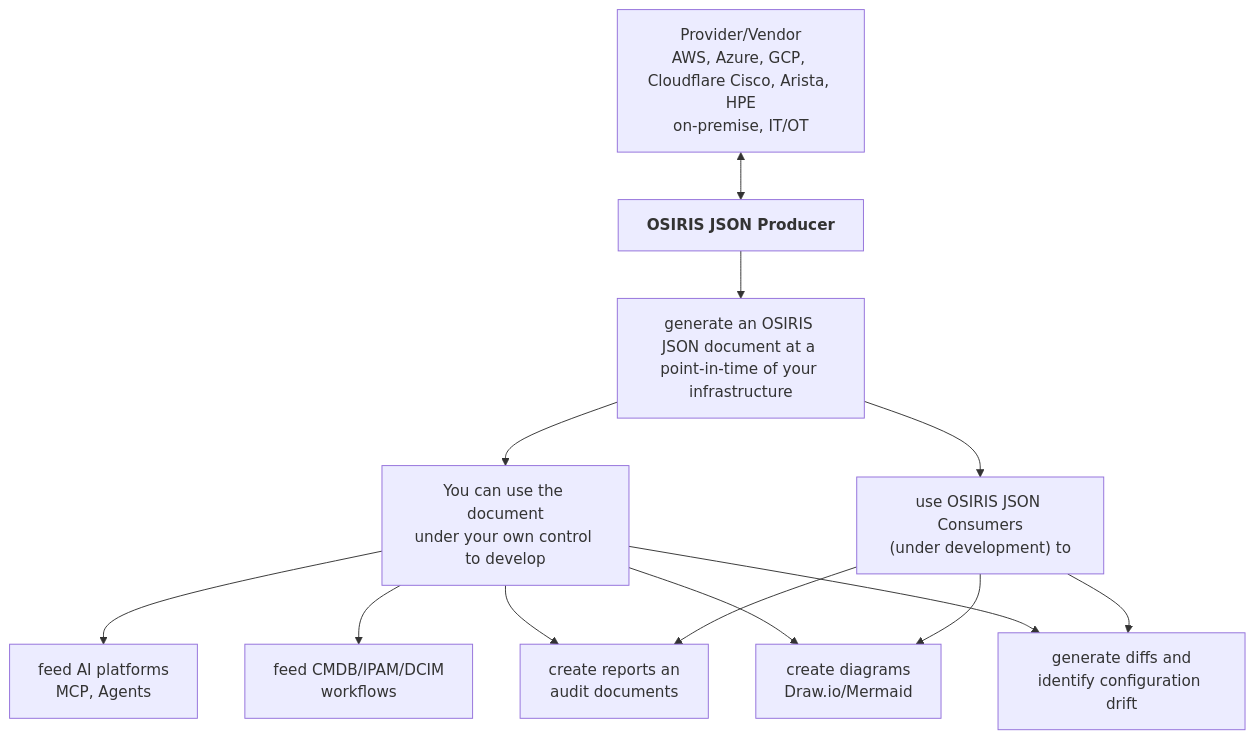
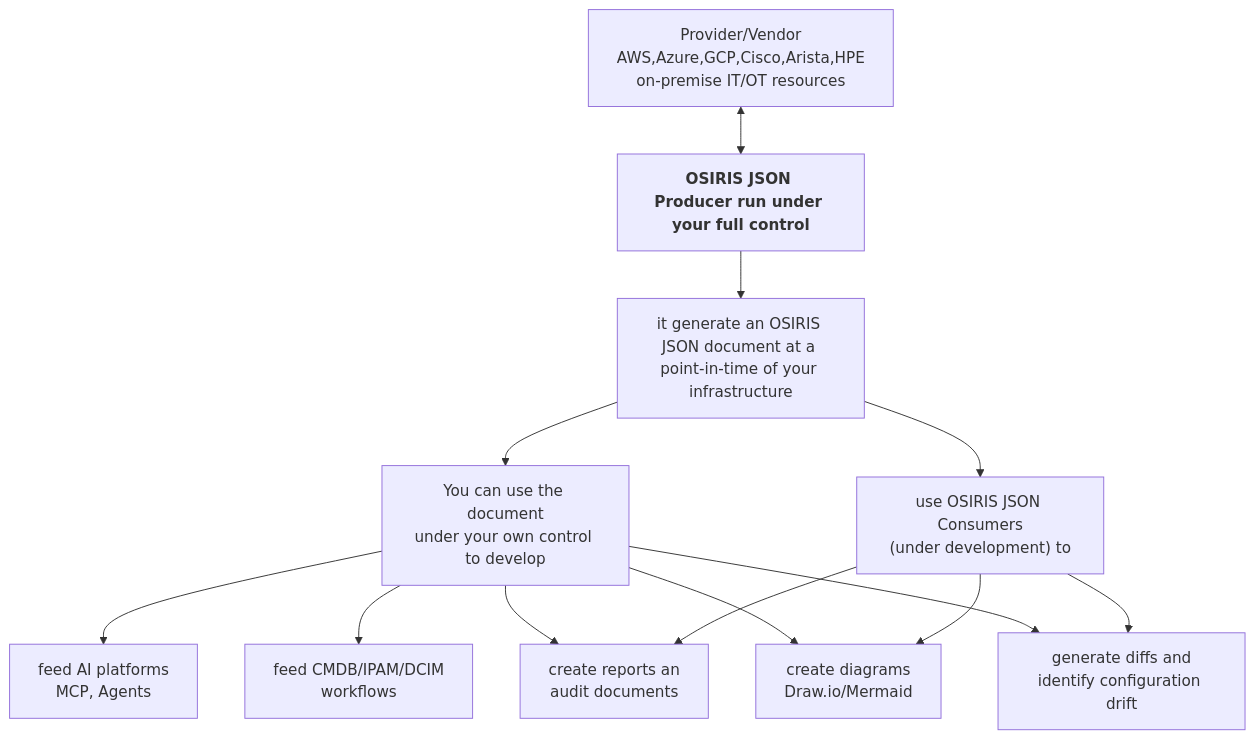
The diagram in README.md (osirisjson/osiris-producers), drawn with Mermaid before and after one commit. The commit also changed other lines of this file and 2 other files, not shown here.

Commit message:
chore: minor fixes to readme introduction and flowchart

````diff
--- a/README.md
+++ b/README.md
@@ -23,8 +24,8 @@
 ```mermaid
 flowchart TB
-    A["Provider/Vendor<br>AWS, Azure, GCP, Cloudflare Cisco, Arista, HPE<br>on-premise, IT/OT"] <--> B["`**OSIRIS JSON Producer**`"]
-    B --> C["generate an OSIRIS JSON document at a point-in-time of your infrastructure"]
+    A["Provider/Vendor<br>AWS,Azure,GCP,Cisco,Arista,HPE<br>on-premise IT/OT resources"] <--> B["`**OSIRIS JSON Producer run under your full control**`"]
+    B --> C["it generate an OSIRIS JSON document at a point-in-time of your infrastructure"]
     C --> n1["You can use the document<br>under your own control to develop"] & I["use OSIRIS JSON Consumers<br>(under development) to"]
     I --> D["create reports an<br>audit documents"] & E["create diagrams<br>Draw.io/Mermaid"] & F["generate diffs and<br>identify configuration drift"]
     n1 --> H["feed AI platforms<br>MCP, Agents"] & G["feed CMDB/IPAM/DCIM <br>workflows"] & F & E & D
 ```
````
